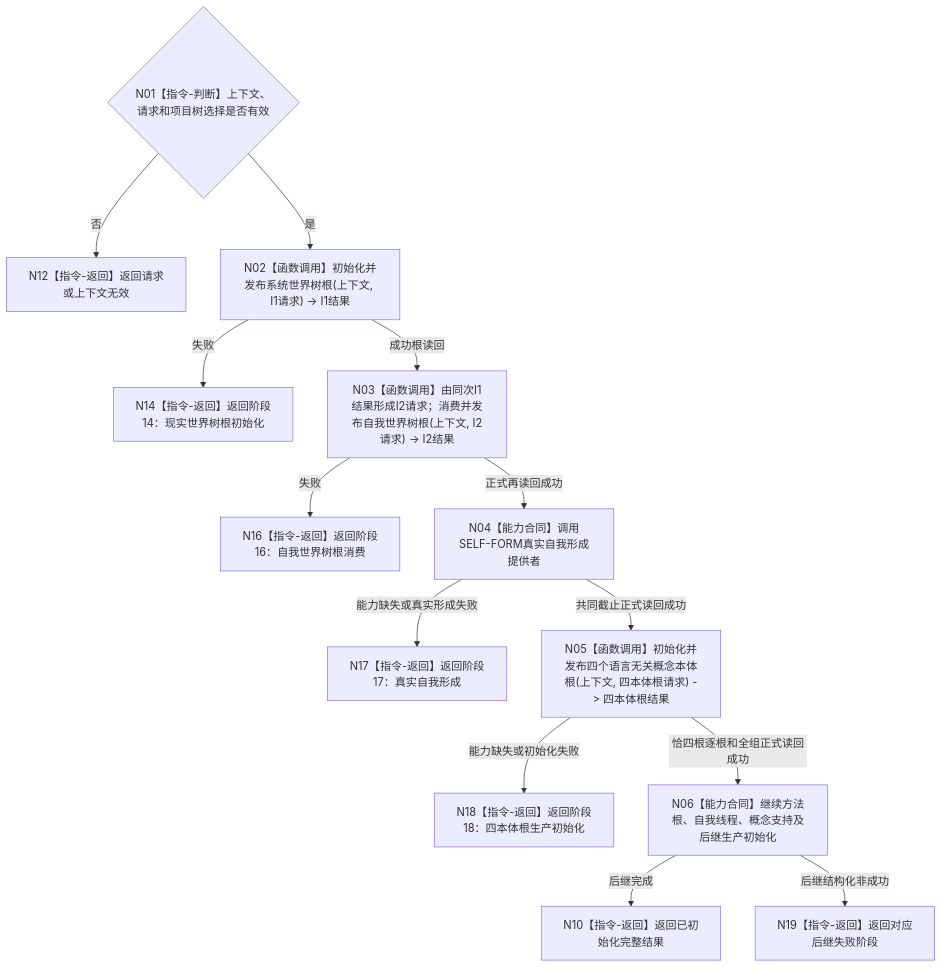
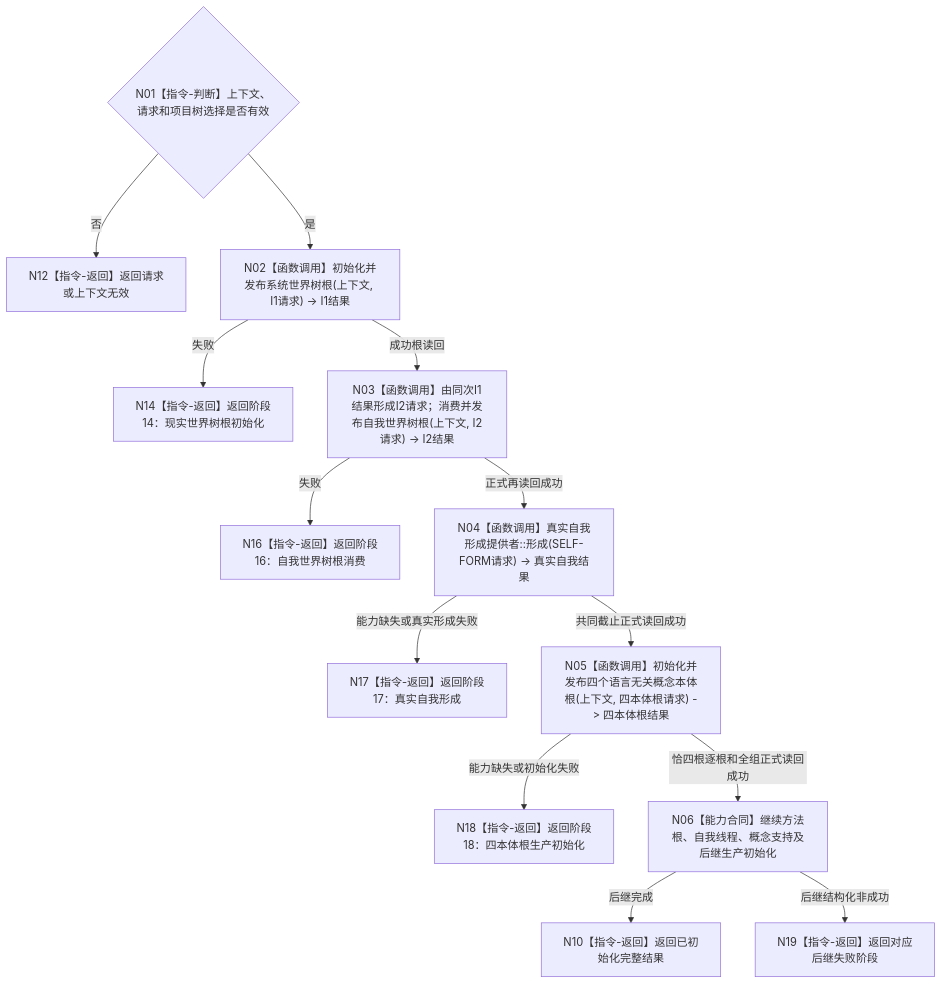
Before and after one commit to chunhaizh-cyber/HY-Ego: the diagram in 流程图/目标业务流程图/L2/BIZ-L2-001-03_初始化普通系统_目标函数流程图_v0.1.md, drawn with Mermaid. The commit also changed other lines of this file and 13 other files, not shown here.

````diff
--- a/流程图/目标业务流程图/L2/BIZ-L2-001-03_初始化普通系统_目标函数流程图_v0.1.md
+++ b/流程图/目标业务流程图/L2/BIZ-L2-001-03_初始化普通系统_目标函数流程图_v0.1.md
@@ -29,15 +29,15 @@
 ```mermaid
 flowchart TD
     N01{"N01【指令-判断】上下文、请求和项目树选择是否有效"} -->|否| N12["N12【指令-返回】返回请求或上下文无效"]
     N01 -->|是| N02["N02【函数调用】初始化并发布系统世界树根(上下文, I1请求) -> I1结果"]
     N02 -->|失败| N14["N14【指令-返回】返回阶段14：现实世界树根初始化"]
     N02 -->|成功根读回| N03["N03【函数调用】由同次I1结果形成I2请求；消费并发布自我世界树根(上下文, I2请求) -> I2结果"]
     N03 -->|失败| N16["N16【指令-返回】返回阶段16：自我世界树根消费"]
-    N03 -->|正式再读回成功| N04["N04【能力合同】调用SELF-FORM真实自我形成提供者"]
+    N03 -->|正式再读回成功| N04["N04【函数调用】真实自我形成提供者::形成(SELF-FORM请求) -> 真实自我结果"]
     N04 -->|能力缺失或真实形成失败| N17["N17【指令-返回】返回阶段17：真实自我形成"]
     N04 -->|共同截止正式读回成功| N05["N05【函数调用】初始化并发布四个语言无关概念本体根(上下文, 四本体根请求) -> 四本体根结果"]
     N05 -->|能力缺失或初始化失败| N18["N18【指令-返回】返回阶段18：四本体根生产初始化"]
     N05 -->|恰四根逐根和全组正式读回成功| N06["N06【能力合同】继续方法根、自我线程、概念支持及后继生产初始化"]
     N06 -->|后继完成| N10["N10【指令-返回】返回已初始化完整结果"]
     N06 -->|后继结构化非成功| N19["N19【指令-返回】返回对应后继失败阶段"]
 ```
````
